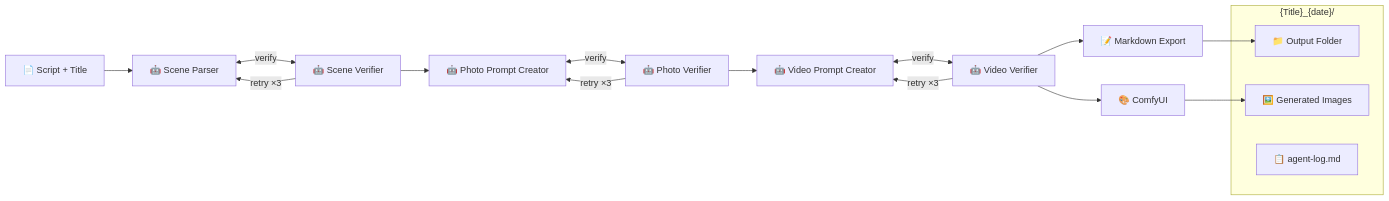
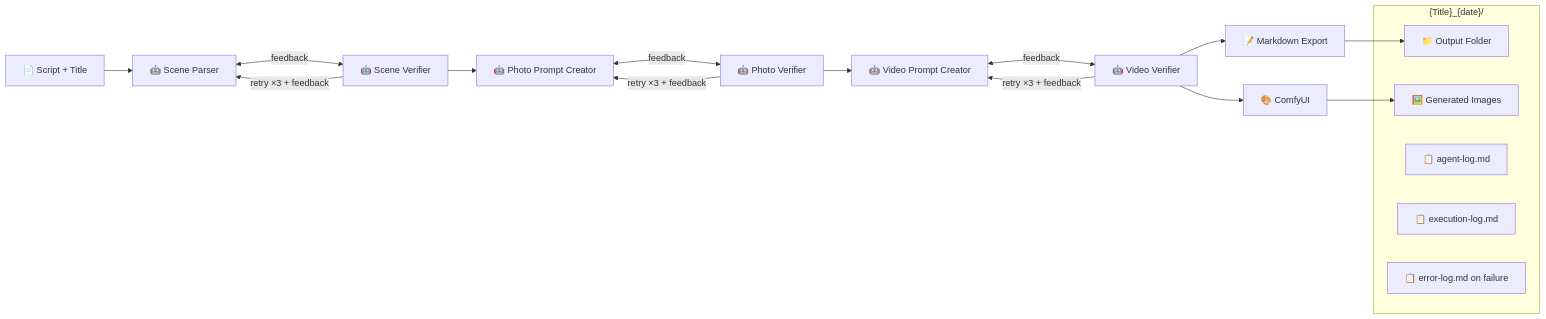
One commit to manojbhatty/AIScriptToMediaDotNet changed the diagram in README.md. Above: the diagram before and after it, drawn with Mermaid. The commit also changed other lines of this file and 2 other files, not shown here.

Commit message:
Update documentation for feedback mechanism and verifier requirements

````diff
--- a/README.md
+++ b/README.md
@@ -77,22 +77,24 @@
 ```mermaid
 flowchart LR
     Input[📄 Script + Title] --> Parser[🤖 Scene Parser]
-    Parser <-->|verify| Verifier1[🤖 Scene Verifier]
-    Verifier1 -->|retry ×3| Parser
+    Parser <-->|feedback| Verifier1[🤖 Scene Verifier]
+    Verifier1 -->|retry ×3 + feedback| Parser
     Verifier1 --> PhotoCreator[🤖 Photo Prompt Creator]
-    PhotoCreator <-->|verify| Verifier2[🤖 Photo Verifier]
-    Verifier2 -->|retry ×3| PhotoCreator
+    PhotoCreator <-->|feedback| Verifier2[🤖 Photo Verifier]
+    Verifier2 -->|retry ×3 + feedback| PhotoCreator
     Verifier2 --> VideoCreator[🤖 Video Prompt Creator]
-    VideoCreator <-->|verify| Verifier3[🤖 Video Verifier]
-    Verifier3 -->|retry ×3| VideoCreator
+    VideoCreator <-->|feedback| Verifier3[🤖 Video Verifier]
+    Verifier3 -->|retry ×3 + feedback| VideoCreator
     Verifier3 --> Export[📝 Markdown Export]
     Verifier3 --> ComfyUI[🎨 ComfyUI]
     Export --> Output[📁 Output Folder]
     ComfyUI --> Images[🖼️ Generated Images]
-    
+
     subgraph OutputFolder["{Title}_{date}/"]
         Output
         Images
         Log[📋 agent-log.md]
+        ExecLog[📋 execution-log.md]
+        ErrorLog[📋 error-log.md on failure]
     end
 ```
````
